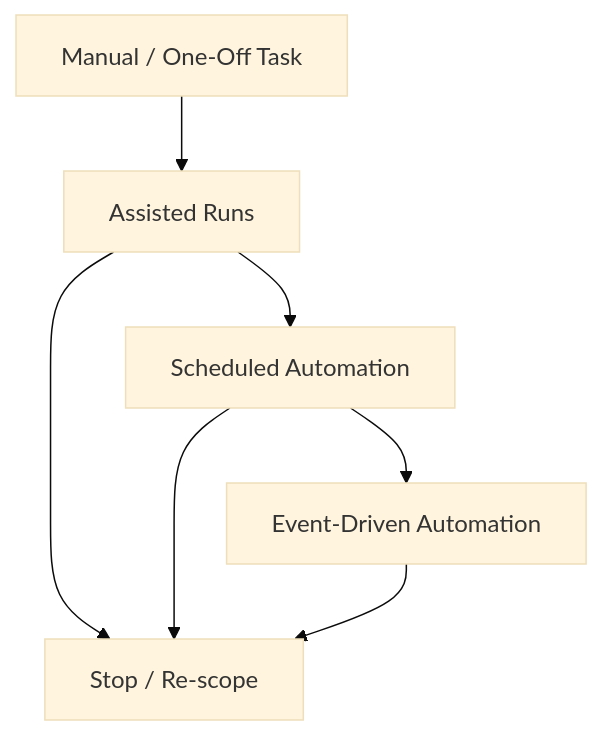
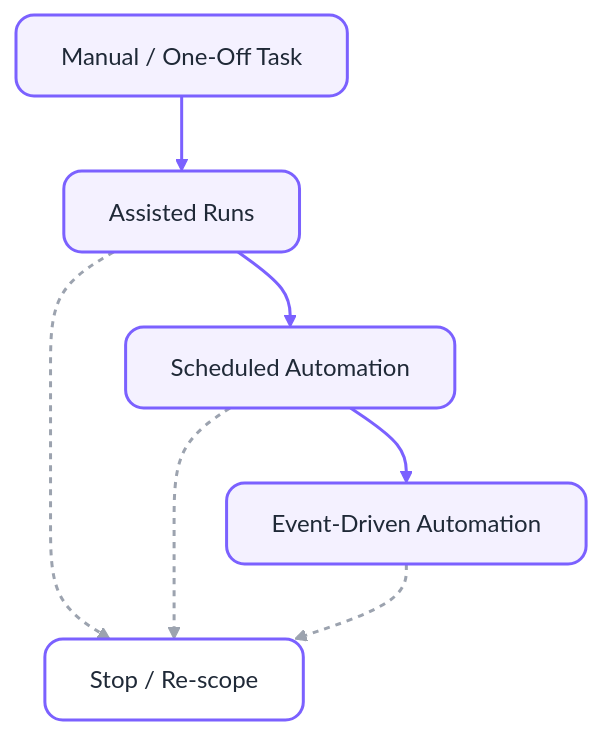
The diagram in docs/guides/cloud-agents/from-task-to-automation.mdx (continuedev/continue), drawn with Mermaid (base theme) before and after one commit. The commit also changed other lines of this file, not shown here.

Commit message:
Beautify the mermaid chart

````diff
--- a/docs/guides/cloud-agents/from-task-to-automation.mdx
+++ b/docs/guides/cloud-agents/from-task-to-automation.mdx
@@ -18,9 +17,19 @@
 ```mermaid
 flowchart TD
   A[Manual / One-Off Task] --> B[Assisted Runs]
   B --> C[Scheduled Automation]
   C --> D[Event-Driven Automation]
   B --> E[Stop / Re-scope]
   C --> E
   D --> E
+   %% Styling
+    classDef stage fill:#F4F1FF,stroke:#7B61FF,stroke-width:2px,rx:12,ry:12,color:#1F2937;
+    classDef exit fill:#FFFFFF,stroke:#7B61FF,stroke-width:2px,rx:12,ry:12,color:#1F2937;
+
+    class A,B,C,D stage
+    class E exit
+
+    %% Layout hints
+    linkStyle 0,1,2 stroke:#7B61FF,stroke-width:2px;
+    linkStyle 3,4,5 stroke:#9CA3AF,stroke-width:2px,stroke-dasharray:4 4;
 ```
````
